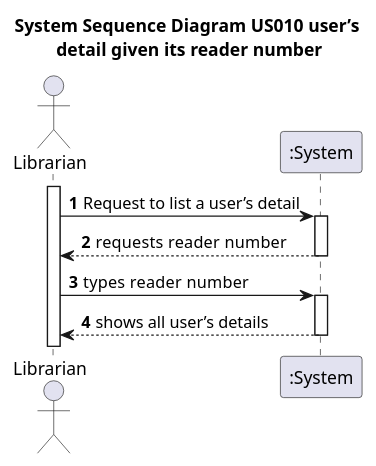
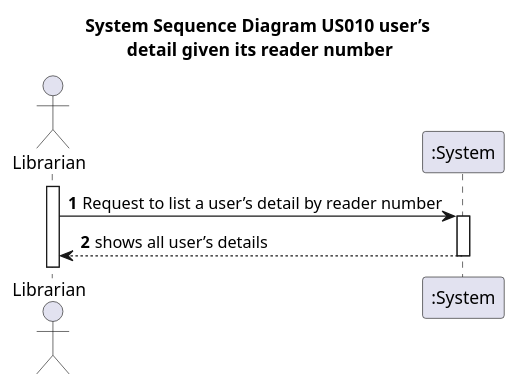
Before and after one commit to GODinho211/psoft-project-G2: the diagram in docs/Phase_1/WP_3A/US013/US013-SSD.puml, drawn with PlantUML. The commit also changed 4 other files, not shown here.

```diff
--- a/docs/Phase_1/WP_3A/US013/US013-SSD.puml
+++ b/docs/Phase_1/WP_3A/US013/US013-SSD.puml
@@ -1,21 +1,19 @@
 @startuml
 'https://plantuml.com/sequence-diagram
 
 title System Sequence Diagram US010 user’s\n detail given its reader number
 
 
 autoactivate on
 autonumber
 
 actor "Librarian" as Administrator
 participant ":System" as System
 
 activate Administrator
 
-Administrator -> System: Request to list a user’s detail
-System --> Administrator: requests  reader number
+Administrator -> System: Request to list a user’s detail by reader number
 
-Administrator -> System: types  reader number
 System --> Administrator: shows all user’s details
 
 @enduml
```
